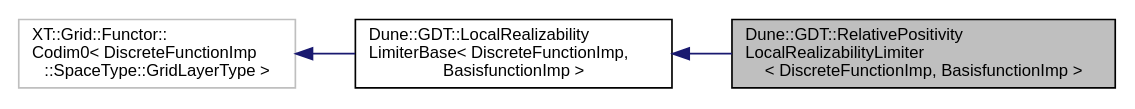
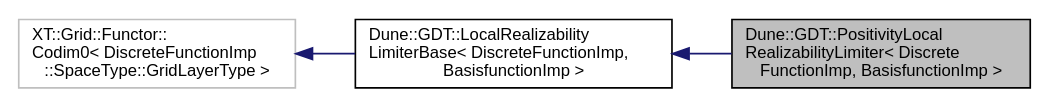
Before and after one commit to dune-community/dune-community.github.io: the diagram in docs/dune-gdt/master/a01940.dot, drawn with Graphviz. The commit also changed 2446 other files, not shown here.

Commit message:
Updated documentation for dune-gdt master

```diff
--- a/docs/dune-gdt/master/a01940.dot
+++ b/docs/dune-gdt/master/a01940.dot
@@ -1,11 +1,11 @@
-digraph "Dune::GDT::RelativePositivityLocalRealizabilityLimiter&lt; DiscreteFunctionImp, BasisfunctionImp &gt;"
+digraph "Dune::GDT::PositivityLocalRealizabilityLimiter&lt; DiscreteFunctionImp, BasisfunctionImp &gt;"
 {
   edge [fontname="Helvetica",fontsize="10",labelfontname="Helvetica",labelfontsize="10"];
   node [fontname="Helvetica",fontsize="10",shape=record];
   rankdir="LR";
-  Node0 [label="Dune::GDT::RelativePositivity\lLocalRealizabilityLimiter\l\< DiscreteFunctionImp, BasisfunctionImp \>",height=0.2,width=0.4,color="black", fillcolor="grey75", style="filled", fontcolor="black"];
+  Node0 [label="Dune::GDT::PositivityLocal\lRealizabilityLimiter\< Discrete\lFunctionImp, BasisfunctionImp \>",height=0.2,width=0.4,color="black", fillcolor="grey75", style="filled", fontcolor="black"];
   Node1 -> Node0 [dir="back",color="midnightblue",fontsize="10",style="solid",fontname="Helvetica"];
-  Node1 [label="Dune::GDT::LocalRealizability\lLimiterBase\< DiscreteFunctionImp,\l BasisfunctionImp \>",height=0.2,width=0.4,color="black", fillcolor="white", style="filled",URL="$a01933.html"];
+  Node1 [label="Dune::GDT::LocalRealizability\lLimiterBase\< DiscreteFunctionImp,\l BasisfunctionImp \>",height=0.2,width=0.4,color="black", fillcolor="white", style="filled",URL="$a01929.html"];
   Node2 -> Node1 [dir="back",color="midnightblue",fontsize="10",style="solid",fontname="Helvetica"];
   Node2 [label="XT::Grid::Functor::\lCodim0\< DiscreteFunctionImp\l::SpaceType::GridLayerType \>",height=0.2,width=0.4,color="grey75", fillcolor="white", style="filled"];
 }
```
